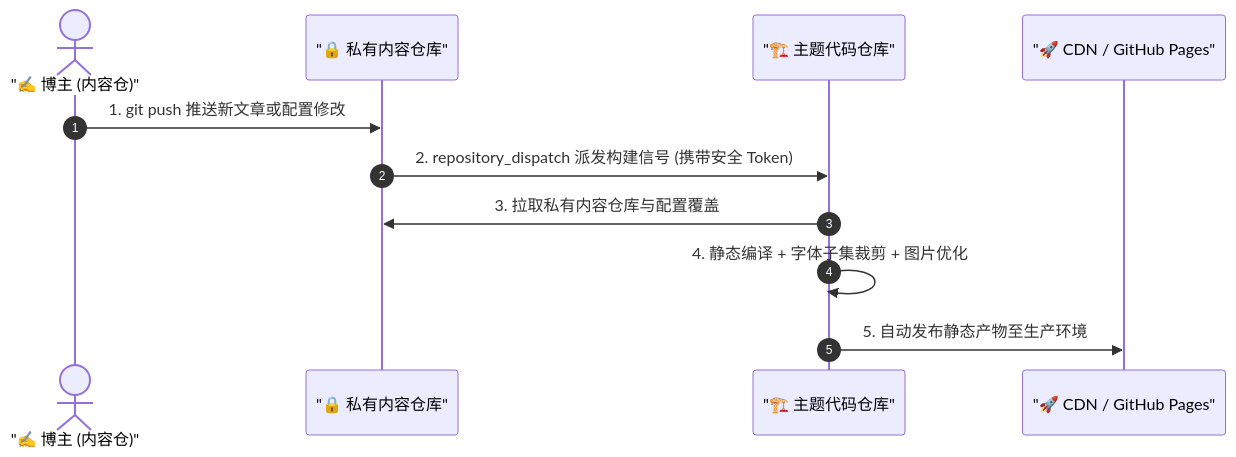
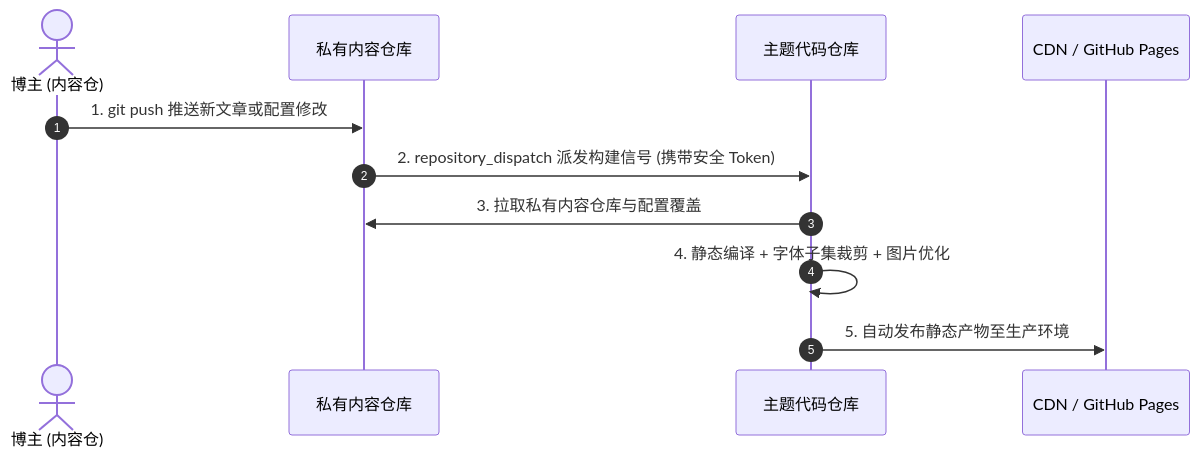
The diagram in docs/guide/content-separation/ci-dispatch/README.md (LyraVoid/Shirone-Docs), drawn with Mermaid before and after one commit. The commit also changed 7 other files, not shown here.

Commit message:
docs: standardize terminology in content separation guides by removing emojis from diagrams for improved clarity and consistency in both English and Chinese

````diff
--- a/docs/guide/content-separation/ci-dispatch/README.md
+++ b/docs/guide/content-separation/ci-dispatch/README.md
@@ -13,14 +13,14 @@
 ```mermaid
 sequenceDiagram
     autonumber
-    actor Author as "✍️ 博主 (内容仓)"
-    participant ContentRepo as "🔒 私有内容仓库"
-    participant ThemeRepo as "🏗️ 主题代码仓库"
-    participant DeployTarget as "🚀 CDN / GitHub Pages"
+    actor Author as 博主 (内容仓)
+    participant ContentRepo as 私有内容仓库
+    participant ThemeRepo as 主题代码仓库
+    participant DeployTarget as CDN / GitHub Pages
 
     Author->>ContentRepo: 1. git push 推送新文章或配置修改
     ContentRepo->>ThemeRepo: 2. repository_dispatch 派发构建信号 (携带安全 Token)
     ThemeRepo->>ContentRepo: 3. 拉取私有内容仓库与配置覆盖
     ThemeRepo->>ThemeRepo: 4. 静态编译 + 字体子集裁剪 + 图片优化
     ThemeRepo->>DeployTarget: 5. 自动发布静态产物至生产环境
 ```
````
